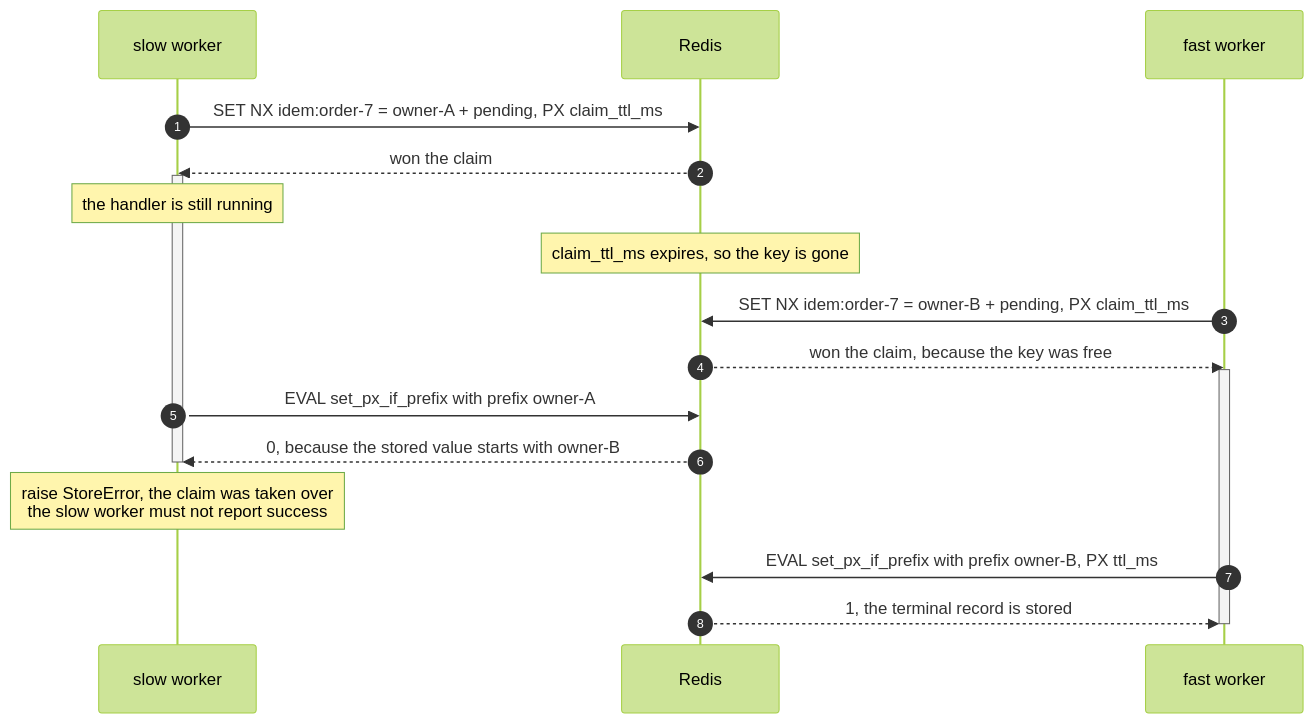
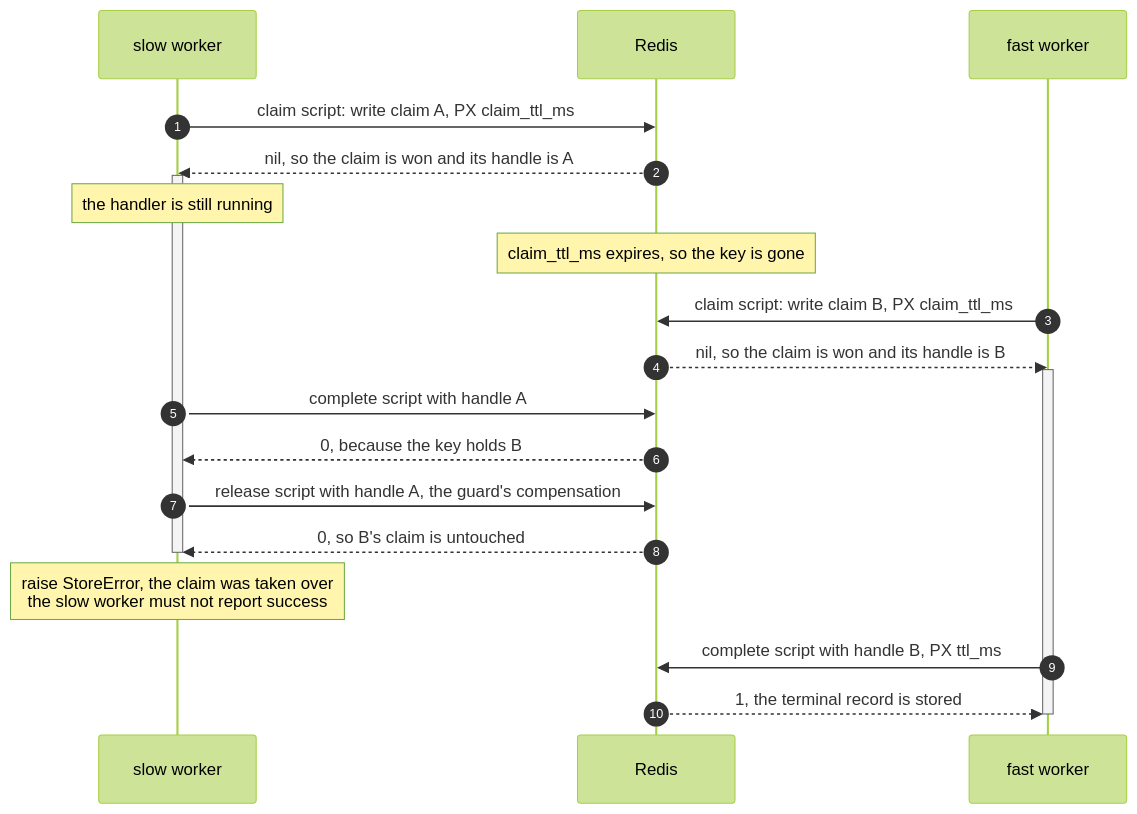
The second of 2 diagrams in docs/backends/redis.md (haskian/edax), drawn with Mermaid (forest theme) before and after one commit. The commit also changed other lines of this file and 234 other files, not shown here.

````diff
--- a/docs/backends/redis.md
+++ b/docs/backends/redis.md
@@ -201,23 +220,25 @@
 ```mermaid
 sequenceDiagram
     autonumber
     participant S as slow worker
     participant R as Redis
     participant F as fast worker
 
-    S->>R: SET NX idem:order-7 = owner-A + pending, PX claim_ttl_ms
-    R-->>S: won the claim
+    S->>R: claim script: write claim A, PX claim_ttl_ms
+    R-->>S: nil, so the claim is won and its handle is A
     activate S
     Note over S: the handler is still running
     Note over R: claim_ttl_ms expires, so the key is gone
-    F->>R: SET NX idem:order-7 = owner-B + pending, PX claim_ttl_ms
-    R-->>F: won the claim, because the key was free
+    F->>R: claim script: write claim B, PX claim_ttl_ms
+    R-->>F: nil, so the claim is won and its handle is B
     activate F
-    S->>R: EVAL set_px_if_prefix with prefix owner-A
-    R-->>S: 0, because the stored value starts with owner-B
+    S->>R: complete script with handle A
+    R-->>S: 0, because the key holds B
+    S->>R: release script with handle A, the guard's compensation
+    R-->>S: 0, so B's claim is untouched
     deactivate S
     Note over S: raise StoreError, the claim was taken over<br/>the slow worker must not report success
-    F->>R: EVAL set_px_if_prefix with prefix owner-B, PX ttl_ms
+    F->>R: complete script with handle B, PX ttl_ms
     R-->>F: 1, the terminal record is stored
     deactivate F
 ```
````
